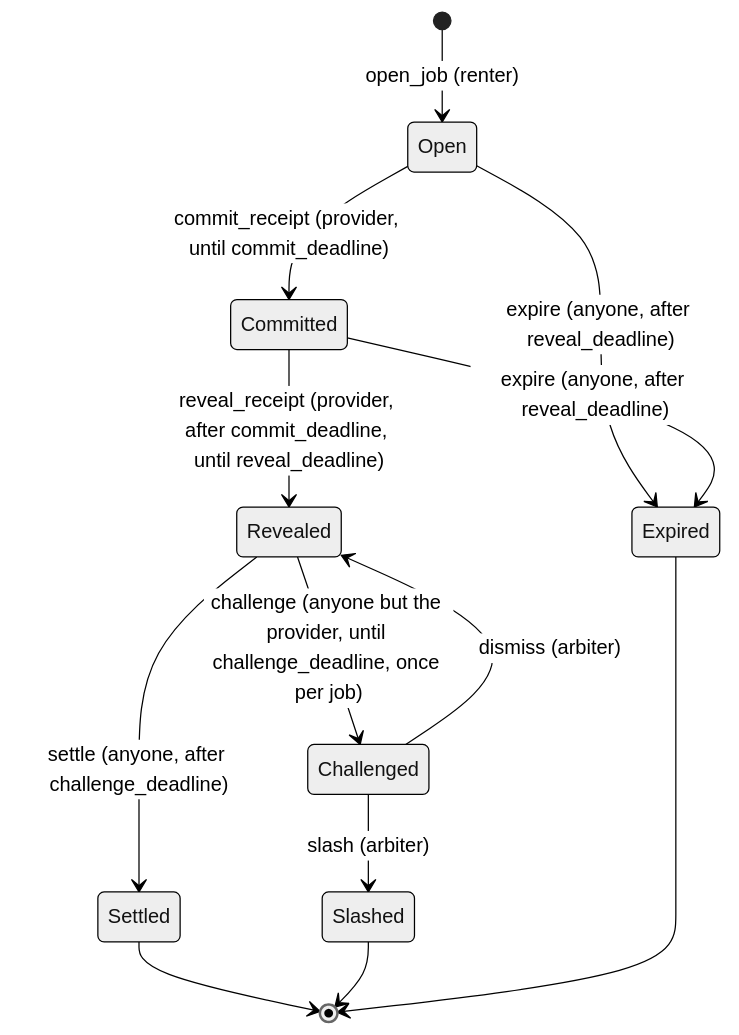
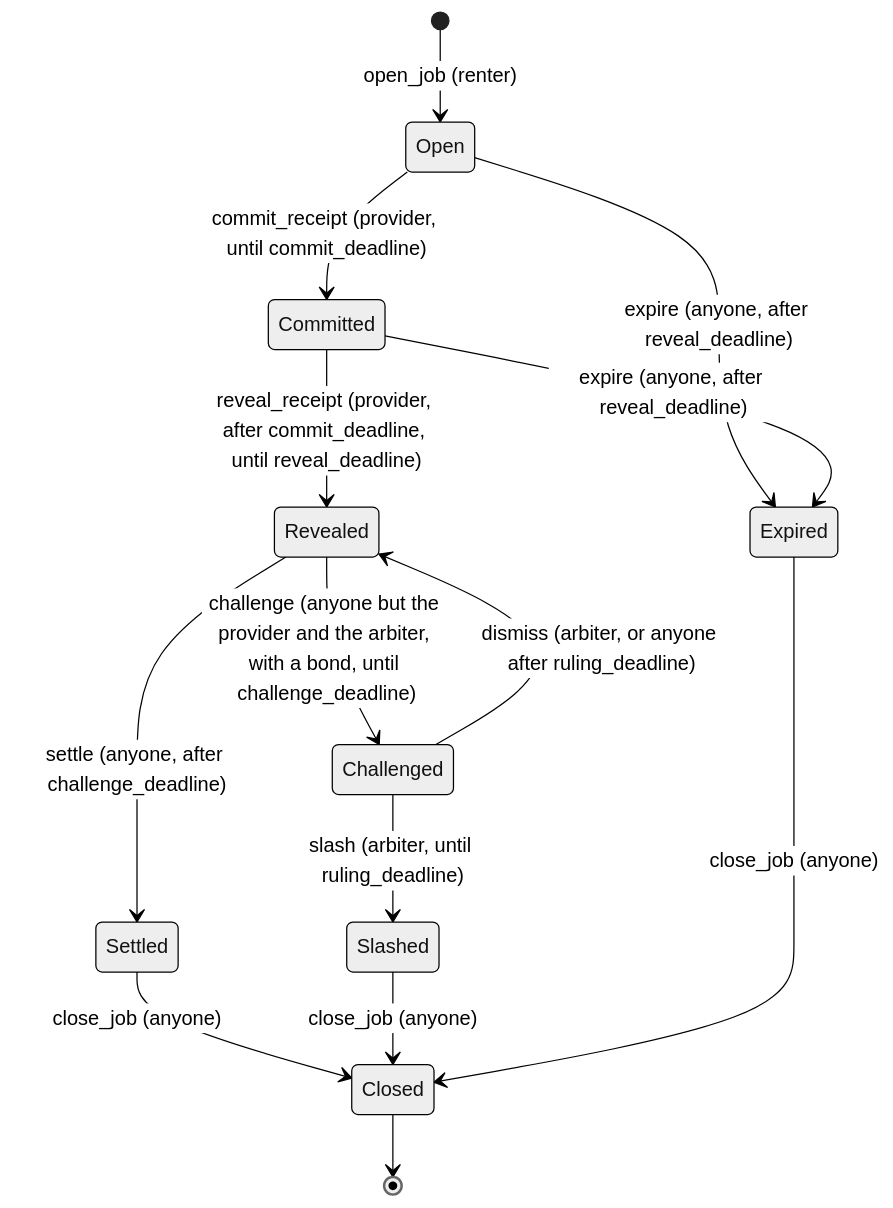
The second of 2 diagrams in docs/architecture.md (anilyagiz/tdcc-exact-core), drawn with Mermaid (neutral theme) before and after one commit. The commit also changed other lines of this file, not shown here.

First line of the commit message:
Architecture: the job's states and money with the new program

````diff
--- a/docs/architecture.md
+++ b/docs/architecture.md
@@ -111,15 +115,16 @@
 ```mermaid
 stateDiagram-v2
     [*] --> Open: open_job (renter)
     Open --> Committed: commit_receipt (provider, until commit_deadline)
     Open --> Expired: expire (anyone, after reveal_deadline)
     Committed --> Revealed: reveal_receipt (provider, after commit_deadline, until reveal_deadline)
     Committed --> Expired: expire (anyone, after reveal_deadline)
-    Revealed --> Challenged: challenge (anyone but the provider, until challenge_deadline, once per job)
+    Revealed --> Challenged: challenge (anyone but the provider and the arbiter, with a bond, until challenge_deadline)
     Revealed --> Settled: settle (anyone, after challenge_deadline)
-    Challenged --> Slashed: slash (arbiter)
-    Challenged --> Revealed: dismiss (arbiter)
-    Settled --> [*]
-    Slashed --> [*]
-    Expired --> [*]
+    Challenged --> Slashed: slash (arbiter, until ruling_deadline)
+    Challenged --> Revealed: dismiss (arbiter, or anyone after ruling_deadline)
+    Settled --> Closed: close_job (anyone)
+    Slashed --> Closed: close_job (anyone)
+    Expired --> Closed: close_job (anyone)
+    Closed --> [*]
 ```
````
